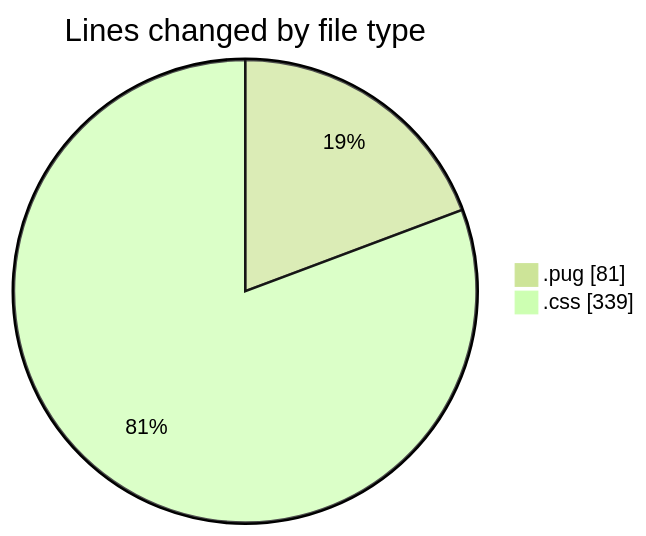
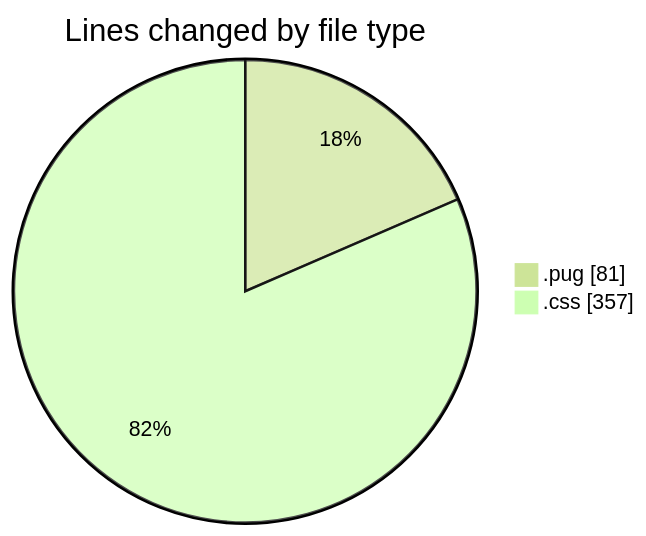
Before and after one commit to momahboobian/code-tracking: the first of 2 diagrams in 2025-11-05/cda/README.md, drawn with Mermaid (forest theme). The commit also changed other lines of this file and 1 other file, not shown here.

````diff
--- a/2025-11-05/cda/README.md
+++ b/2025-11-05/cda/README.md
@@ -21,6 +21,6 @@
 ```mermaid
 pie showData
 title Lines changed by file type
 ".pug" : 81
-".css" : 339
+".css" : 357
 ```
````
